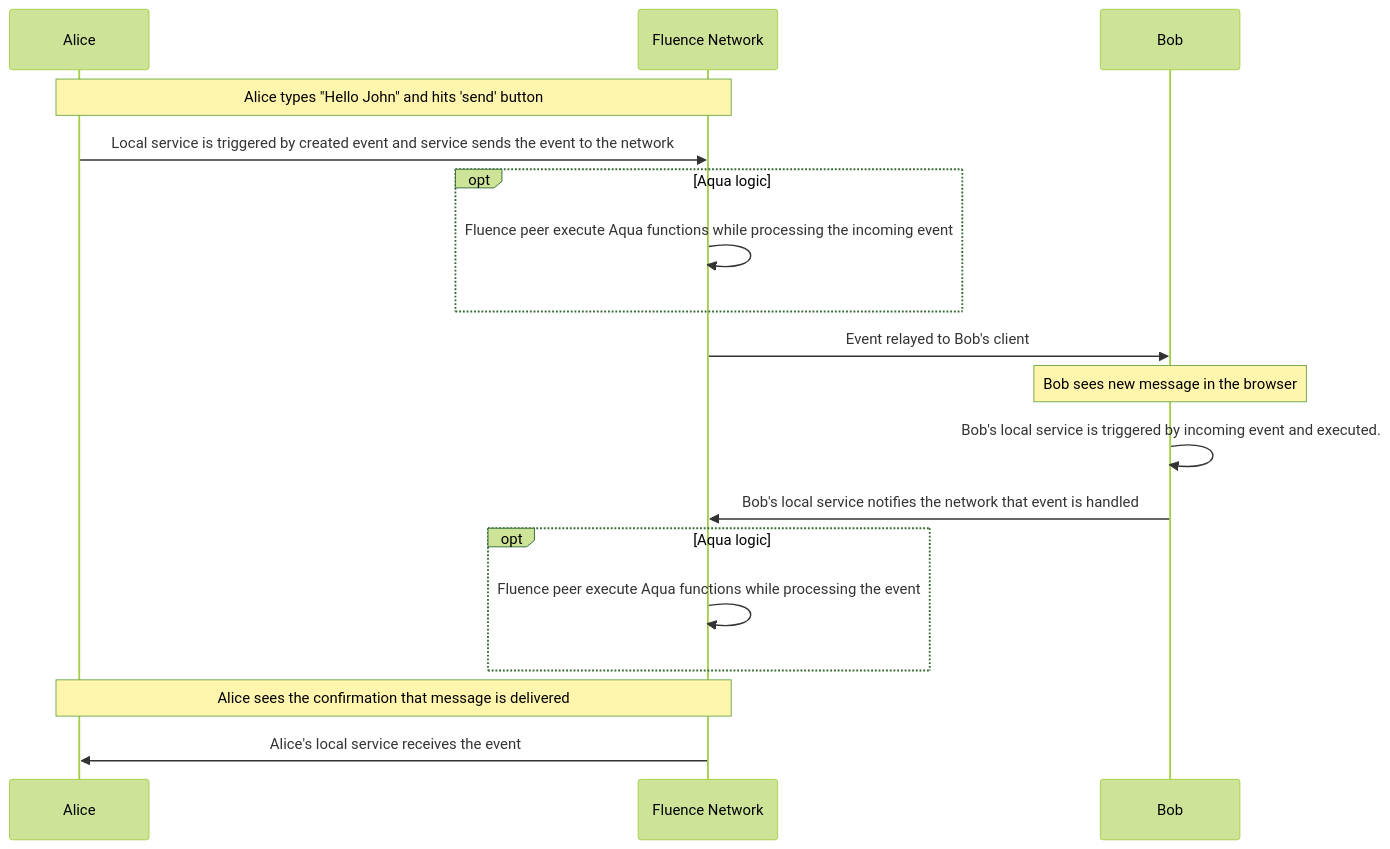
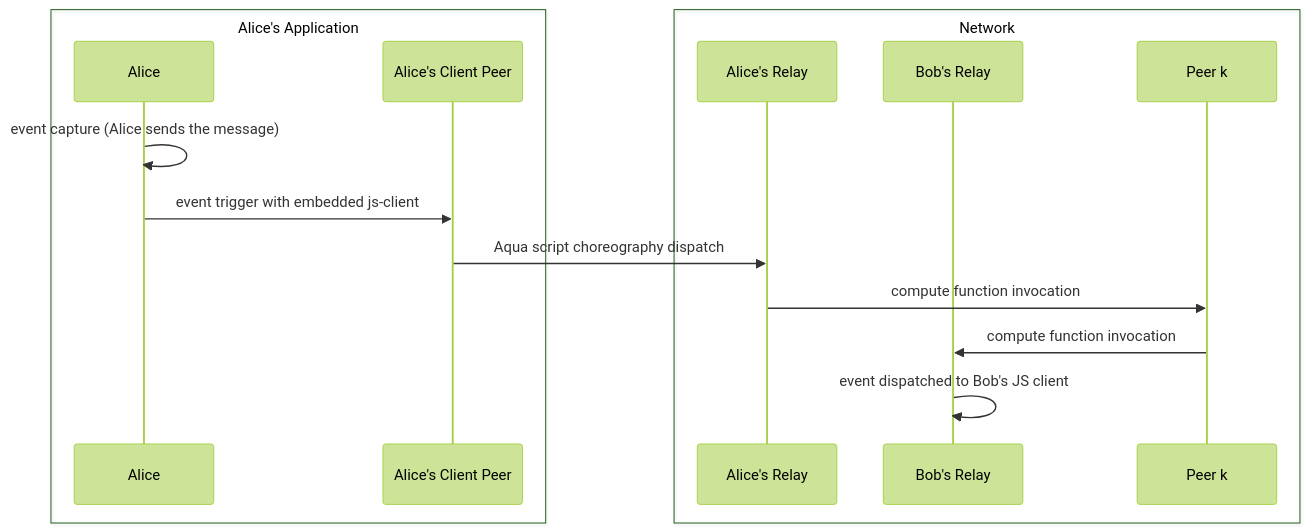
The third of 3 diagrams in docs/build-mvm/tutorials/event-handling-in-js/1-event-handling.md (fluencelabs/docs), drawn with Mermaid (forest theme) before and after one commit. The commit also changed other lines of this file, not shown here.

````diff
--- a/docs/build-mvm/tutorials/event-handling-in-js/1-event-handling.md
+++ b/docs/build-mvm/tutorials/event-handling-in-js/1-event-handling.md
@@ -43,21 +87,20 @@
 ```mermaid
 sequenceDiagram
-    participant A as Alice
-    participant F as Fluence Network
-    participant B as Bob
-
-    Note over A,F: Alice types "Hello John" and hits 'send' button
-    A->>F: Local service is triggered by created event and service sends the event to the network
-    opt Aqua logic
-        F->>F: Fluence peer execute Aqua functions while processing the incoming event
+    box Alice's Application
+    participant A1 as Alice
+    participant C1 as Alice's Client Peer
     end
-    F->>B: Event relayed to Bob's client
-    Note over B,B: Bob sees new message in the browser
-    B->>B: Bob's local service is triggered by incoming event and executed.
-    B->>F: Bob's local service notifies the network that event is handled
-    opt Aqua logic
-        F->>F: Fluence peer execute Aqua functions while processing the event
+    
+    box Network
+    participant R1 as Alice's Relay
+    participant R2 as Bob's Relay
+    participant Pk as Peer k
     end
-    Note over F,A: Alice sees the confirmation that message is delivered
-    F->>A: Alice's local service receives the event
+    
+    A1 ->> A1: event capture (Alice sends the message)
+    A1 ->> C1: event trigger with embedded js-client
+    C1 ->> R1: Aqua script choreography dispatch
+    R1 ->> Pk: compute function invocation
+    Pk ->> R2: compute function invocation
+    R2 ->> R2: event dispatched to Bob's JS client
 ```
````
